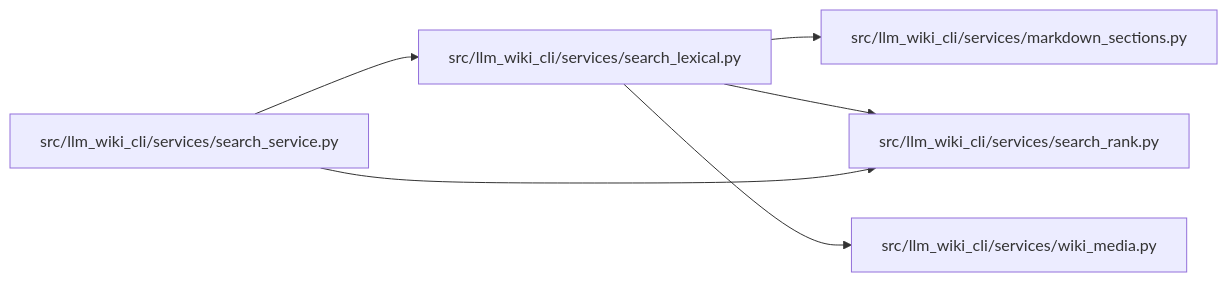
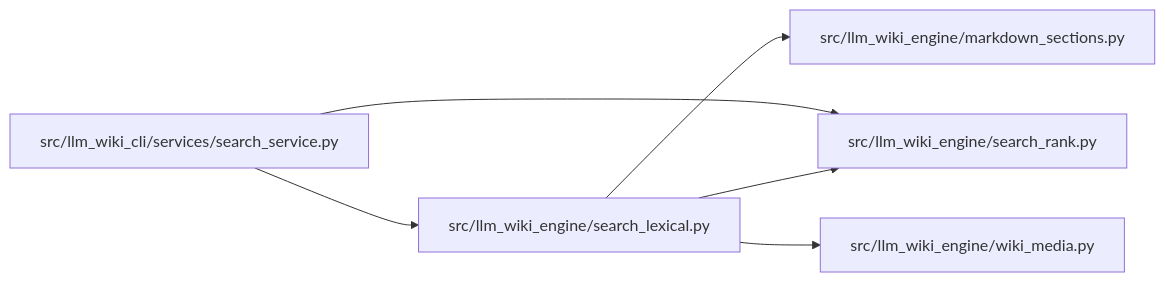
Before and after one commit to Denissvgn/python-wiki-llm: the diagram in docs/llm_wiki/modules/search_lexical.md, drawn with Mermaid. The commit also changed other lines of this file and 1103 other files, not shown here.

First line of the commit message:
docs: refresh the wiki for the llm-wiki-engine distribution

````diff
--- a/docs/llm_wiki/modules/search_lexical.md
+++ b/docs/llm_wiki/modules/search_lexical.md
@@ -84,18 +84,18 @@
 ```mermaid
 flowchart LR
-    n0["src/llm_wiki_cli/services/markdown_sections.py"]
-    n1["src/llm_wiki_cli/services/search_lexical.py"]
-    n2["src/llm_wiki_cli/services/search_rank.py"]
-    n3["src/llm_wiki_cli/services/search_service.py"]
-    n4["src/llm_wiki_cli/services/wiki_media.py"]
-    n1 --> n0
-    n1 --> n2
-    n1 --> n4
-    n3 --> n1
-    n3 --> n2
-    click n0 "../modules/markdown_sections.md"
-    click n1 "../modules/search_lexical.md"
-    click n2 "../modules/search_rank.md"
-    click n3 "../modules/search_service.md"
+    n0["src/llm_wiki_cli/services/search_service.py"]
+    n1["src/llm_wiki_engine/markdown_sections.py"]
+    n2["src/llm_wiki_engine/search_lexical.py"]
+    n3["src/llm_wiki_engine/search_rank.py"]
+    n4["src/llm_wiki_engine/wiki_media.py"]
+    n0 --> n2
+    n0 --> n3
+    n2 --> n1
+    n2 --> n3
+    n2 --> n4
+    click n0 "../modules/search_service.md"
+    click n1 "../modules/markdown_sections.md"
+    click n2 "../modules/search_lexical.md"
+    click n3 "../modules/search_rank.md"
     click n4 "../modules/wiki_media.md"
 ```
````
